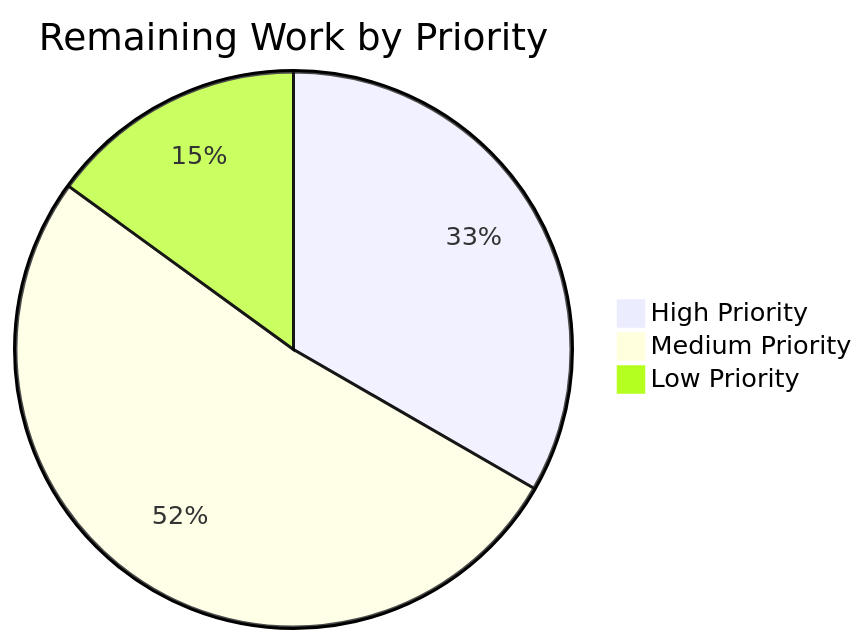
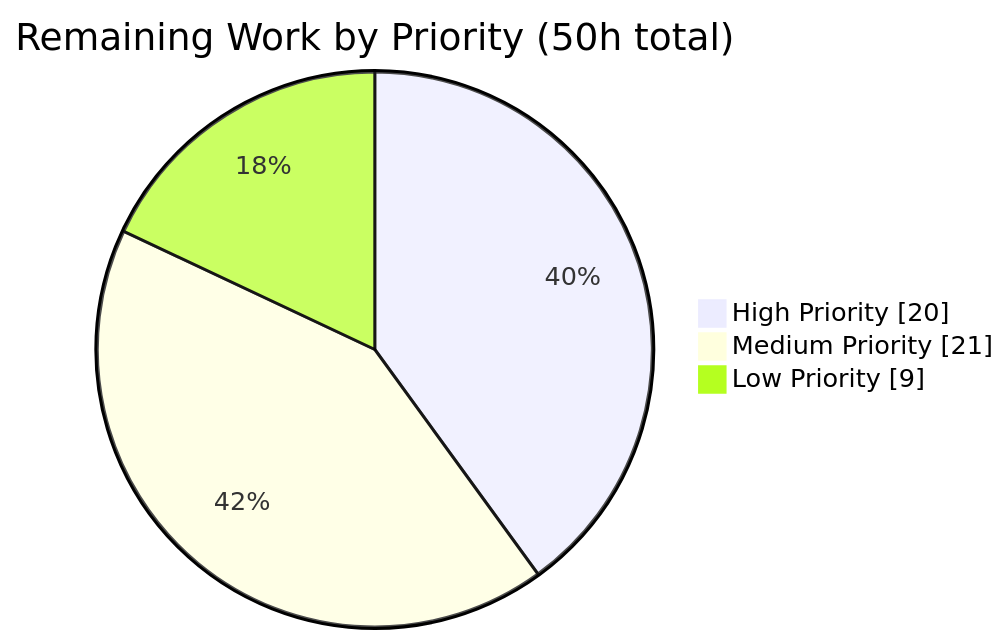
One commit to Blitzy-Sandbox/blitzy-wordpress changed the third of 4 diagrams in blitzy/documentation/Project Guide.md. Above: the diagram before and after it, drawn with Mermaid. The commit also changed other lines of this file, not shown here.

Commit message:
Adding Blitzy Project Guide: Project Status and Human Tasks Remaining

````diff
--- a/blitzy/documentation/Project Guide.md
+++ b/blitzy/documentation/Project Guide.md
@@ -250,6 +285,7 @@
 ```mermaid
-pie title Remaining Work by Priority
+pie showData
+    title Remaining Work by Priority (50h total)
     "High Priority" : 20
-    "Medium Priority" : 31
+    "Medium Priority" : 21
     "Low Priority" : 9
 ```
````
